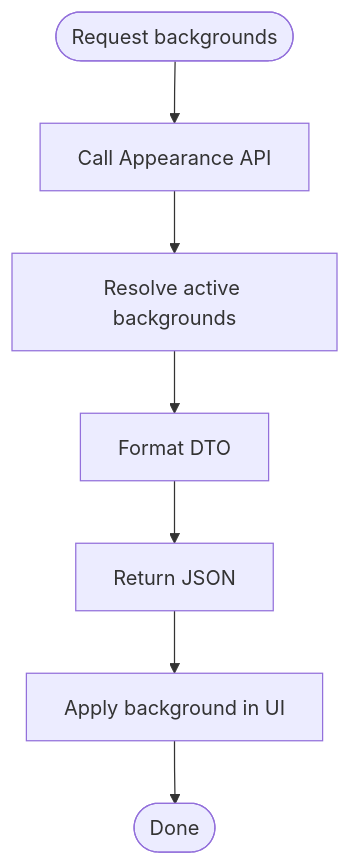
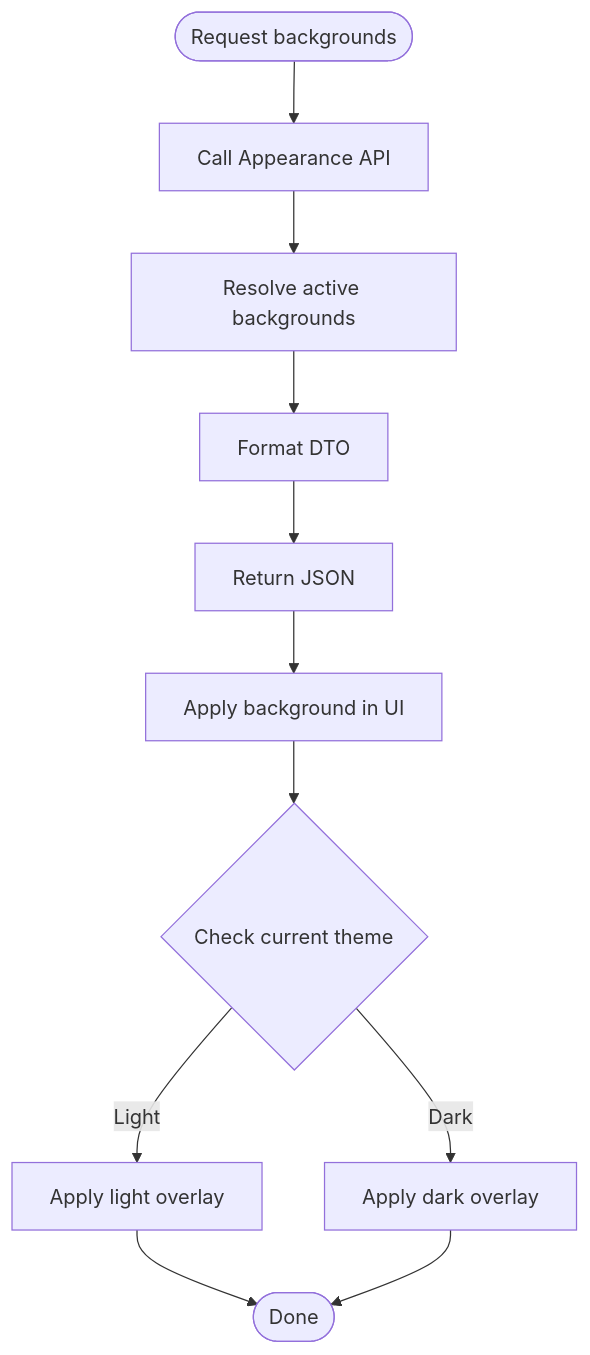
The third of 4 diagrams in .qoder/repowiki/en/content/System Architecture/Frontend Architecture/Styling & Theming.md (franckylab/eLISAschool), drawn with Mermaid before and after one commit. The commit also changed other lines of this file and 79 other files, not shown here.

````diff
--- a/.qoder/repowiki/en/content/System Architecture/Frontend Architecture/Styling & Theming.md
+++ b/.qoder/repowiki/en/content/System Architecture/Frontend Architecture/Styling & Theming.md
@@ -204,9 +236,13 @@
 ```mermaid
 flowchart TD
 Start(["Request backgrounds"]) --> CallAPI["Call Appearance API"]
 CallAPI --> Resolve["Resolve active backgrounds"]
 Resolve --> Format["Format DTO"]
 Format --> Return["Return JSON"]
 Return --> Apply["Apply background in UI"]
-Apply --> End(["Done"])
+Apply --> ThemeCheck{"Check current theme"}
+ThemeCheck --> |Light| LightOverlay["Apply light overlay"]
+ThemeCheck --> |Dark| DarkOverlay["Apply dark overlay"]
+LightOverlay --> End(["Done"])
+DarkOverlay --> End(["Done"])
 ```
````
